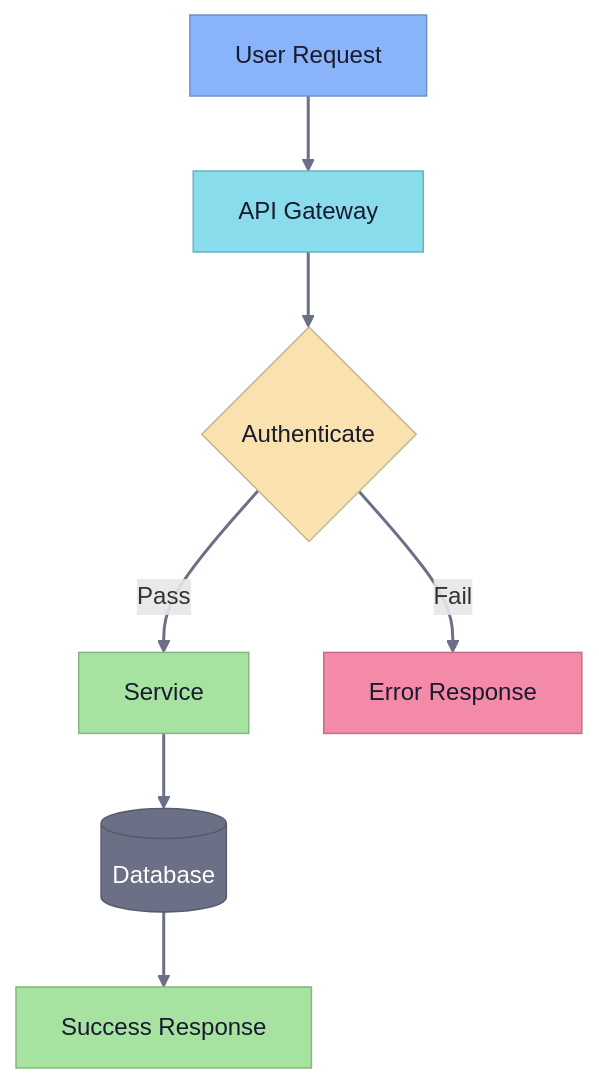
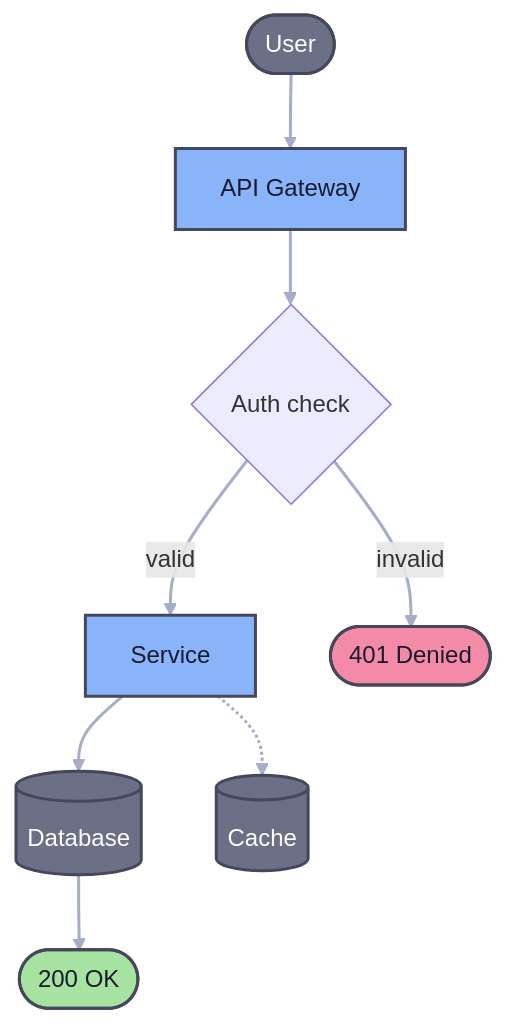
The tenth of 24 diagrams in creating-mermaid-diagrams/skills/creating-mermaid-diagrams/references/themes.md (mdsakalu/agent-plugins), drawn with Mermaid before and after one commit. The commit also changed other lines of this file and 4 other files, not shown here.

First line of the commit message:
refactor(creating-mermaid-diagrams): design-driven styling overhaul

````diff
--- a/creating-mermaid-diagrams/skills/creating-mermaid-diagrams/references/themes.md
+++ b/creating-mermaid-diagrams/skills/creating-mermaid-diagrams/references/themes.md
@@ -392,26 +445,18 @@
 ```mermaid
 flowchart TD
-    user["User Request"] --> api["API Gateway"]
-    api --> auth{"Authenticate"}
-    auth -->|Pass| service["Service"]
-    auth -->|Fail| error["Error Response"]
-    service --> db[("Database")]
-    db --> response["Success Response"]
+    user(["User"]) ==> api["API Gateway"] ==> auth{"Auth check"}
+    auth == valid ==> svc["Service"] ==> db[("Database")] ==> res(["200 OK"])
+    auth -- invalid --> err(["401 Denied"])
+    svc -.-> cache[("Cache")]
 
-    classDef primary fill:#89b4fa,stroke:#6e90c8,color:#1a1a2e
-    classDef secondary fill:#6c7086,stroke:#565a6b,color:#ffffff
-    classDef success fill:#a6e3a1,stroke:#85b681,color:#1a1a2e
-    classDef warning fill:#f9e2af,stroke:#c7b58c,color:#1a1a2e
-    classDef danger fill:#f38ba8,stroke:#c26f86,color:#1a1a2e
-    classDef info fill:#89dceb,stroke:#6eb0bc,color:#1a1a2e
+    classDef primary fill:#89b4fa,stroke:#45475a,stroke-width:2px,color:#1a1a2e
+    classDef muted fill:#6c7086,stroke:#45475a,stroke-width:2px,color:#ffffff
+    classDef success fill:#a6e3a1,stroke:#45475a,stroke-width:2px,color:#1a1a2e
+    classDef danger fill:#f38ba8,stroke:#45475a,stroke-width:2px,color:#1a1a2e
+    linkStyle default stroke:#a6adc8,stroke-width:2px
 
-    linkStyle default stroke:#6c7086,stroke-width:2px
-
-    class user primary
-    class api info
-    class auth warning
-    class service success
-    class error danger
-    class db secondary
-    class response success
+    class api,svc primary
+    class user,db,cache muted
+    class res success
+    class err danger
 ```
````
